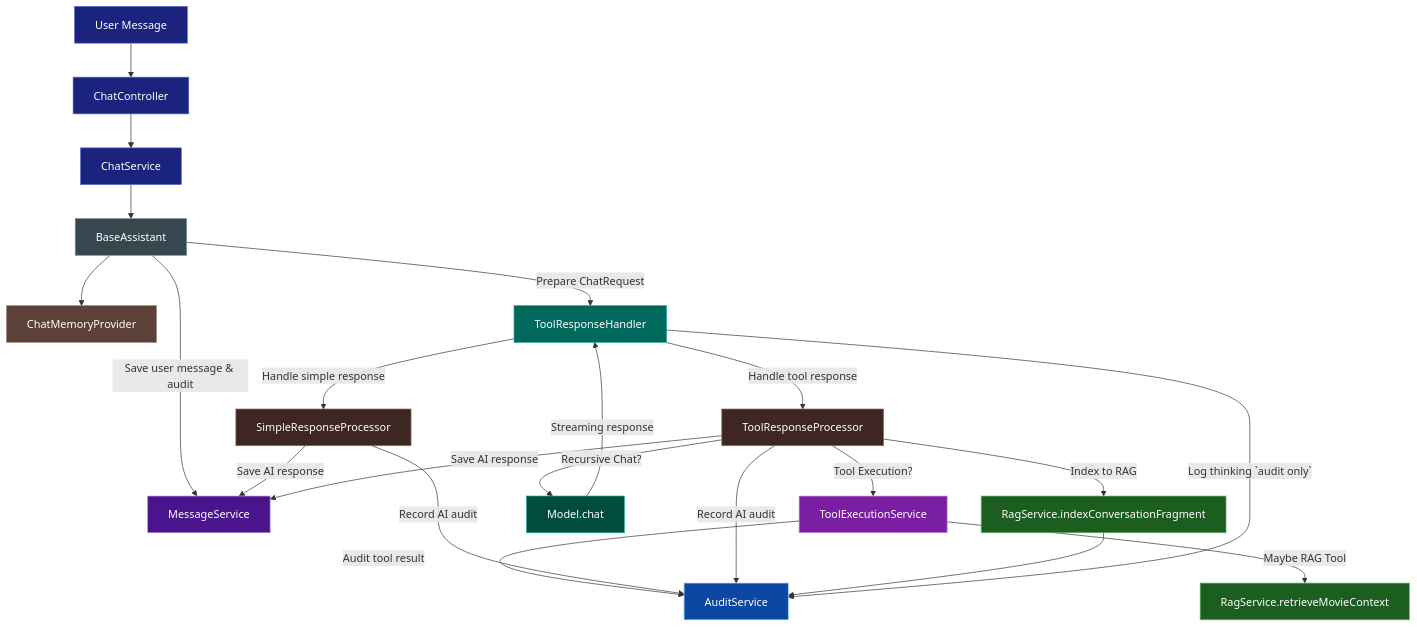
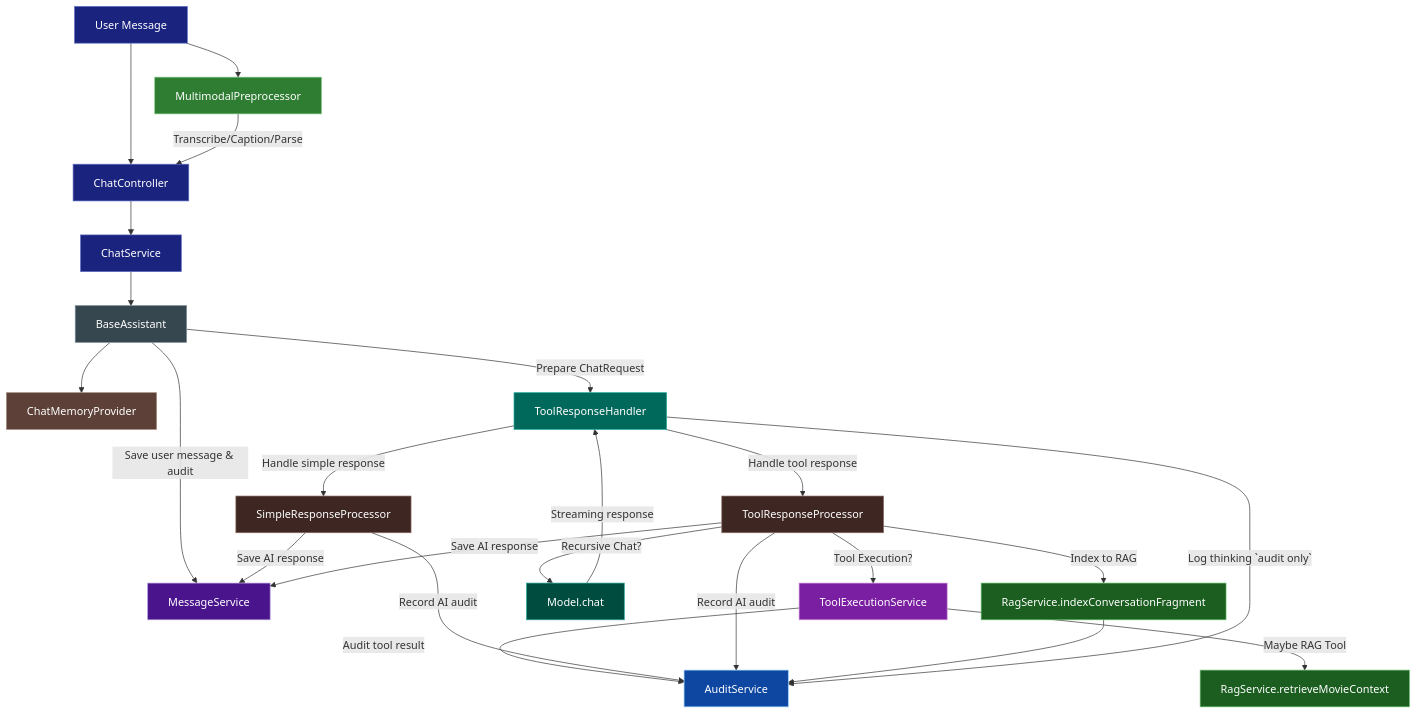
One commit to cgb12121/BBMovie changed the diagram in backend/ai-service/docs/chat-flow.md. Above: the diagram before and after it, drawn with Mermaid. The commit also changed other lines of this file and 62 other files, not shown here.

````diff
--- a/backend/ai-service/docs/chat-flow.md
+++ b/backend/ai-service/docs/chat-flow.md
@@ -52,46 +56,49 @@
 ```mermaid
 flowchart TD
     U[User Message] --> CC[ChatController]
     CC --> CS[ChatService]
     CS --> A[BaseAssistant]
+    U --> MP[MultimodalPreprocessor]
+    MP -->|Transcribe/Caption/Parse| CC
 
     A -->|Save user message & audit| MS[MessageService]
     A --> CMP[ChatMemoryProvider]
 
     A -->|Prepare ChatRequest| H[ToolResponseHandler]
     H -->|Handle simple response| SP[SimpleResponseProcessor]
     H -->|Handle tool response| TP[ToolResponseProcessor]
 
     TP -->|Tool Execution?| TES[ToolExecutionService]
     TES -->|Maybe RAG Tool| RAG1[RagService.retrieveMovieContext]
     TES -->|Audit tool result| AUD[AuditService]
 
     TP -->|Recursive Chat?| M[Model.chat]
     M -->|Streaming response| H
 
     SP -->|Save AI response| MS
     SP -->|Record AI audit| AUD
 
     TP -->|Save AI response| MS
     TP -->|Record AI audit| AUD
 
     TP -->|Index to RAG| RAG2[RagService.indexConversationFragment]
     RAG2 --> AUD
 
     H -->|Log thinking `audit only`| AUD
 
     style U fill:#1a237e,stroke:#5c6bc0,color:#ffffff
     style CC fill:#1a237e,stroke:#5c6bc0,color:#ffffff
     style CS fill:#1a237e,stroke:#5c6bc0,color:#ffffff
+    style MP fill:#2e7d32,stroke:#81c784,color:#ffffff
     style A fill:#37474f,stroke:#78909c,color:#ffffff
     style CMP fill:#5d4037,stroke:#a1887f,color:#ffffff
     style H fill:#00695c,stroke:#26a69a,color:#ffffff
     style SP fill:#3e2723,stroke:#8d6e63,color:#ffffff
     style TP fill:#3e2723,stroke:#8d6e63,color:#ffffff
     style TES fill:#7b1fa2,stroke:#ce93d8,color:#ffffff
     style RAG1 fill:#1b5e20,stroke:#66bb6a,color:#ffffff
     style RAG2 fill:#1b5e20,stroke:#66bb6a,color:#ffffff
     style M fill:#004d40,stroke:#26a69a,color:#ffffff
     style MS fill:#4a148c,stroke:#b39ddb,color:#ffffff
     style AUD fill:#0d47a1,stroke:#90caf9,color:#ffffff
 ```
````
